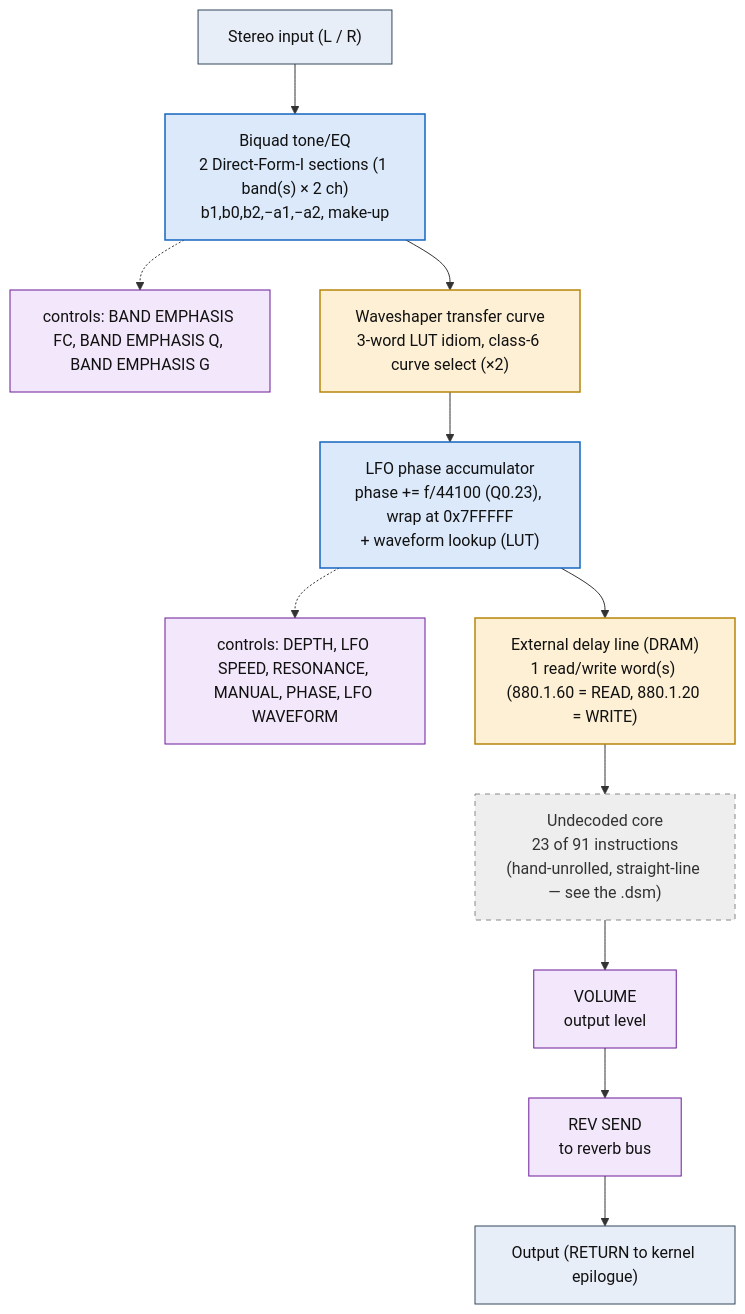
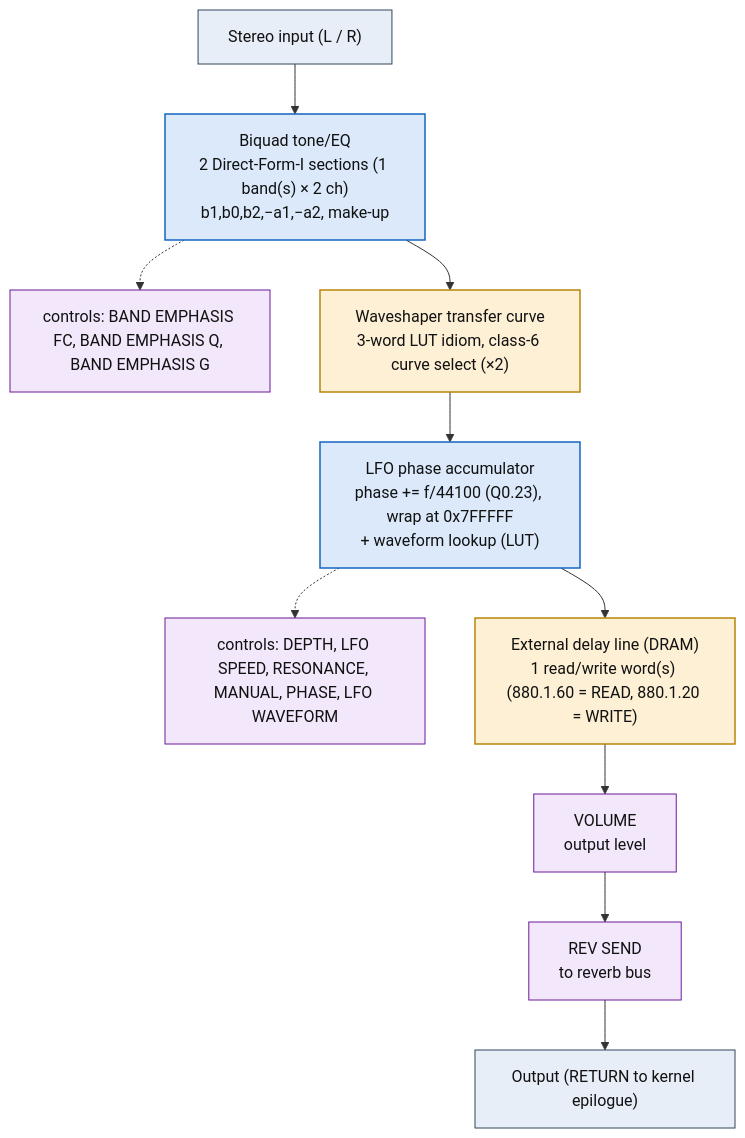
The diagram in dsp/flowcharts/prog73_peq_flanger.md (ArqueologiaDigital/kn5000-roms-disasm), drawn with Mermaid before and after one commit. The commit also changed other lines of this file and 39 other files, not shown here.

First line of the commit message:
dsp: annotate all flowcharts with the classic effect topology each shape matches

````diff
--- a/dsp/flowcharts/prog73_peq_flanger.md
+++ b/dsp/flowcharts/prog73_peq_flanger.md
@@ -12,36 +12,33 @@
 ```mermaid
 flowchart TD
     N0["Stereo input (L / R)"]
     N1["Biquad tone/EQ<br/>2 Direct-Form-I sections (1 band(s) &times; 2 ch)<br/>b1,b0,b2,&minus;a1,&minus;a2, make-up"]
     N0 --> N1
     N2["controls: BAND EMPHASIS FC, BAND EMPHASIS Q, BAND EMPHASIS G"]
     N1 -.-> N2
     N3["Waveshaper transfer curve<br/>3-word LUT idiom, class-6 curve select (&times;2)"]
     N1 --> N3
     N4["LFO phase accumulator<br/>phase += f/44100 (Q0.23), wrap at 0x7FFFFF<br/>+ waveform lookup (LUT)"]
     N3 --> N4
     N5["controls: DEPTH, LFO SPEED, RESONANCE, MANUAL, PHASE, LFO WAVEFORM"]
     N4 -.-> N5
     N6["External delay line (DRAM)<br/>1 read/write word(s) (880.1.60 = READ, 880.1.20 = WRITE)"]
     N4 --> N6
-    N7["Undecoded core<br/>23 of 91 instructions<br/>(hand-unrolled, straight-line &mdash; see the .dsm)"]
+    N7["VOLUME<br/>output level"]
     N6 --> N7
-    N8["VOLUME<br/>output level"]
+    N8["REV SEND<br/>to reverb bus"]
     N7 --> N8
-    N9["REV SEND<br/>to reverb bus"]
+    N9["Output (RETURN to kernel epilogue)"]
     N8 --> N9
-    N10["Output (RETURN to kernel epilogue)"]
-    N9 --> N10
 
     classDef io fill:#e8eef7,stroke:#33475b,stroke-width:1px,color:#111;
     classDef proven fill:#d7f0d7,stroke:#2e7d32,stroke-width:2px,color:#111;
     classDef measured fill:#dbe9fb,stroke:#1565c0,stroke-width:1.5px,color:#111;
     classDef inferred fill:#fdf0d5,stroke:#b8860b,stroke-width:1.5px,color:#111;
     classDef open fill:#eeeeee,stroke:#888,stroke-width:1px,color:#333,stroke-dasharray:5 5;
     classDef ctrl fill:#f3e8fb,stroke:#6a1b9a,stroke-width:1px,color:#111;
-    class N0,N10 io;
+    class N0,N9 io;
     class N1,N4 measured;
-    class N2,N5,N8,N9 ctrl;
+    class N2,N5,N7,N8 ctrl;
     class N3,N6 inferred;
-    class N7 open;
 ```
````
